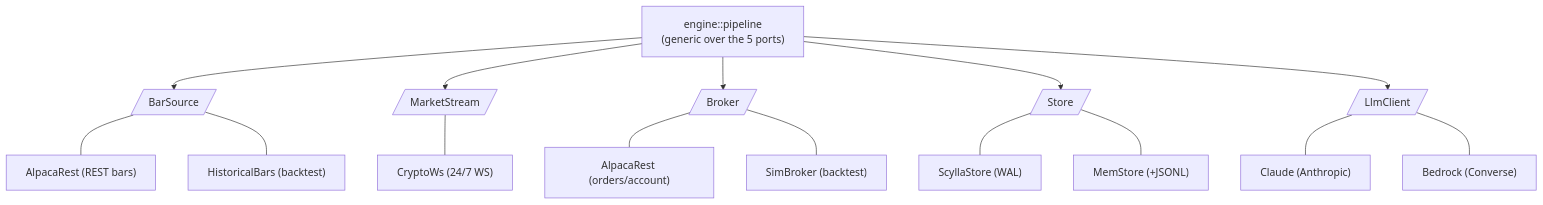
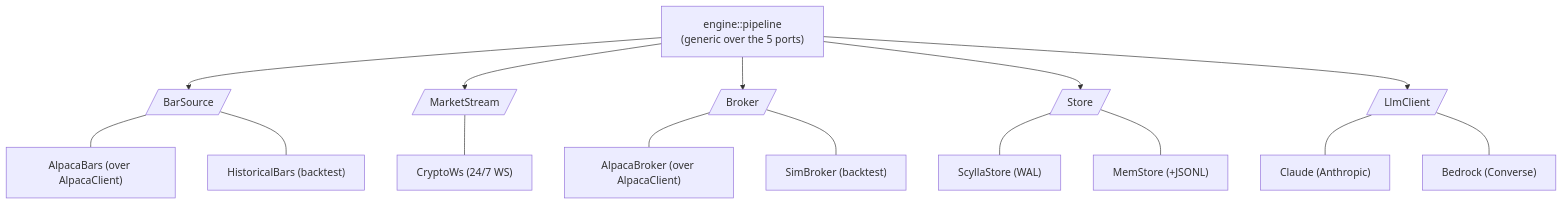
One commit to deSigntheClutch/alpaca-trading-system-rust changed the third of 5 diagrams in DESIGN.md. Above: the diagram before and after it, drawn with Mermaid. The commit also changed other lines of this file and 19 other files, not shown here.

````diff
--- a/DESIGN.md
+++ b/DESIGN.md
@@ -78,18 +78,18 @@
 ```mermaid
 flowchart TB
   ENG["engine::pipeline<br/>(generic over the 5 ports)"]
   ENG --> BS[/"BarSource"/]
   ENG --> MS[/"MarketStream"/]
   ENG --> BR[/"Broker"/]
   ENG --> ST[/"Store"/]
   ENG --> LL[/"LlmClient"/]
-  BS --- AL1["AlpacaRest (REST bars)"]
+  BS --- AL1["AlpacaBars (over AlpacaClient)"]
   BS --- HB["HistoricalBars (backtest)"]
   MS --- AL2["CryptoWs (24/7 WS)"]
-  BR --- AL1b["AlpacaRest (orders/account)"]
+  BR --- AL1b["AlpacaBroker (over AlpacaClient)"]
   BR --- SB["SimBroker (backtest)"]
   ST --- SC["ScyllaStore (WAL)"]
   ST --- MEM["MemStore (+JSONL)"]
   LL --- CL["Claude (Anthropic)"]
   LL --- BD["Bedrock (Converse)"]
 ```
````
